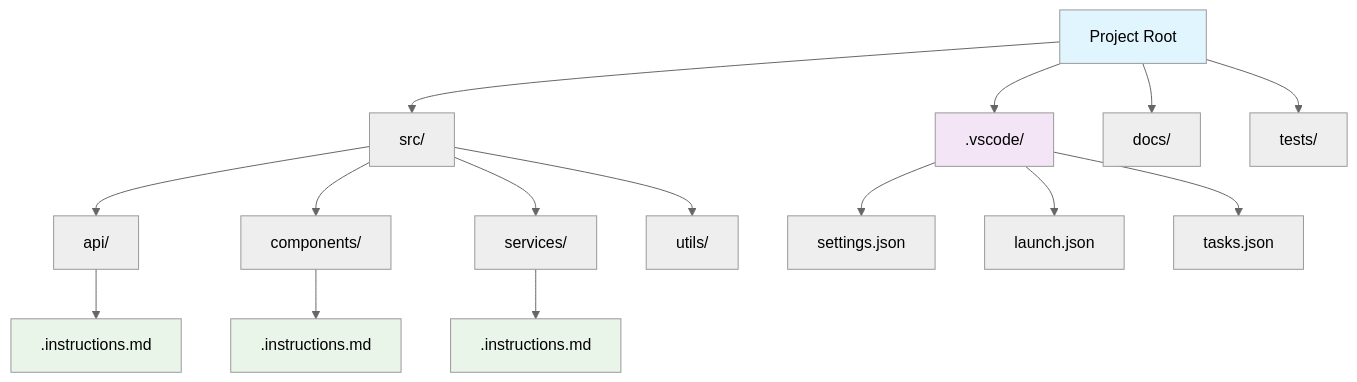
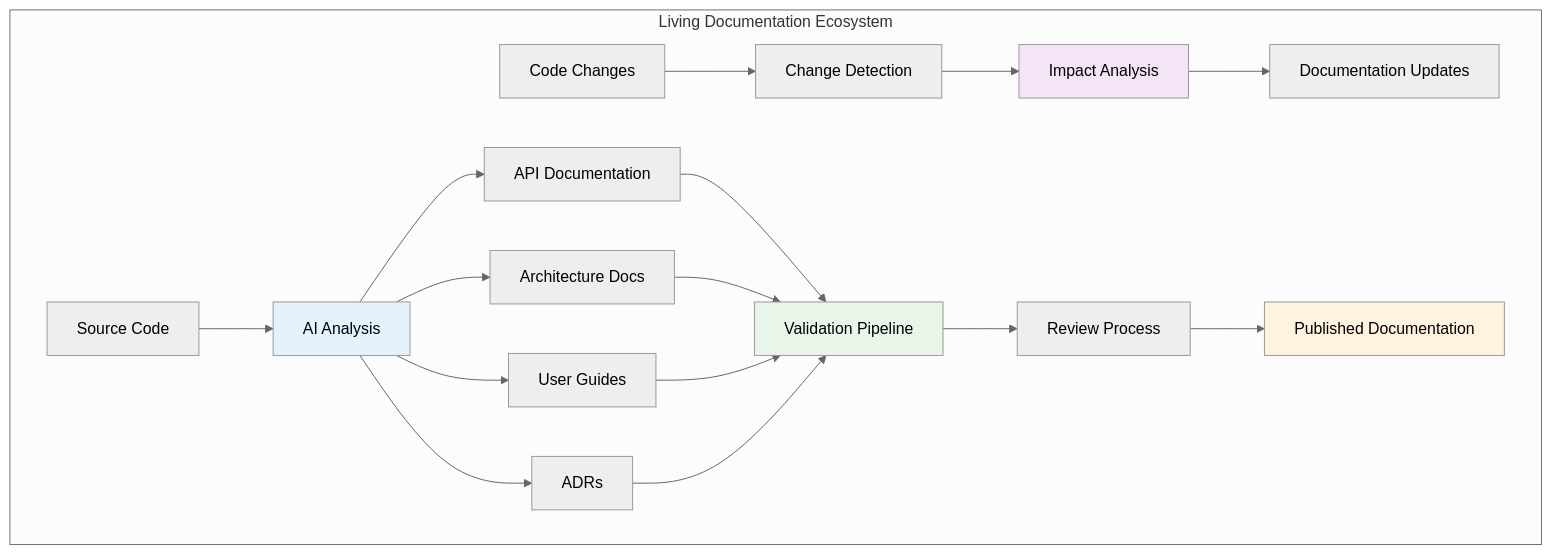
The tenth of 11 diagrams in 17_intent_based_dev_vs_code_copilot.md (raphaelmansuy/tutorials), drawn with Mermaid (neutral theme) before and after one commit. The commit also changed other lines of this file, not shown here.

Commit message:
Implement feature X to enhance user experience and fix bug Y in module Z

````diff
--- a/17_intent_based_dev_vs_code_copilot.md
+++ b/17_intent_based_dev_vs_code_copilot.md
@@ -2623,26 +1450,27 @@
 ```mermaid
-graph TD
-    A[Project Root] --> B[src/]
-    A --> C[.vscode/]
-    A --> D[docs/]
-    A --> E[tests/]
+graph TB
+    subgraph "Living Documentation Ecosystem"
+        A[Source Code] --> B[AI Analysis]
+        B --> C[API Documentation]
+        B --> D[Architecture Docs]
+        B --> E[User Guides]
+        B --> F[ADRs]
+        
+        G[Code Changes] --> H[Change Detection]
+        H --> I[Impact Analysis]
+        I --> J[Documentation Updates]
+        
+        C --> K[Validation Pipeline]
+        D --> K
+        E --> K
+        F --> K
+        
+        K --> L[Review Process]
+        L --> M[Published Documentation]
+    end
     
-    B --> F[api/]
-    B --> G[components/]
-    B --> H[services/]
-    B --> I[utils/]
-    
-    C --> J[settings.json]
-    C --> K[launch.json]
-    C --> L[tasks.json]
-    
-    F --> M[.instructions.md]
-    G --> N[.instructions.md]
-    H --> O[.instructions.md]
-    
-    style A fill:#e1f5fe
-    style C fill:#f3e5f5
-    style M fill:#e8f5e8
-    style N fill:#e8f5e8
-    style O fill:#e8f5e8
+    style B fill:#e3f2fd
+    style I fill:#f3e5f5
+    style K fill:#e8f5e8
+    style M fill:#fff3e0
 ```
````
